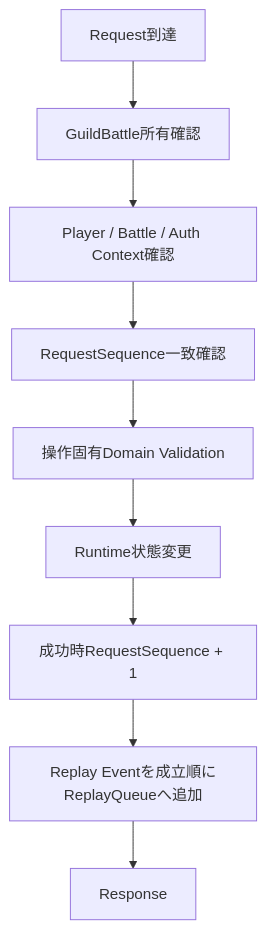
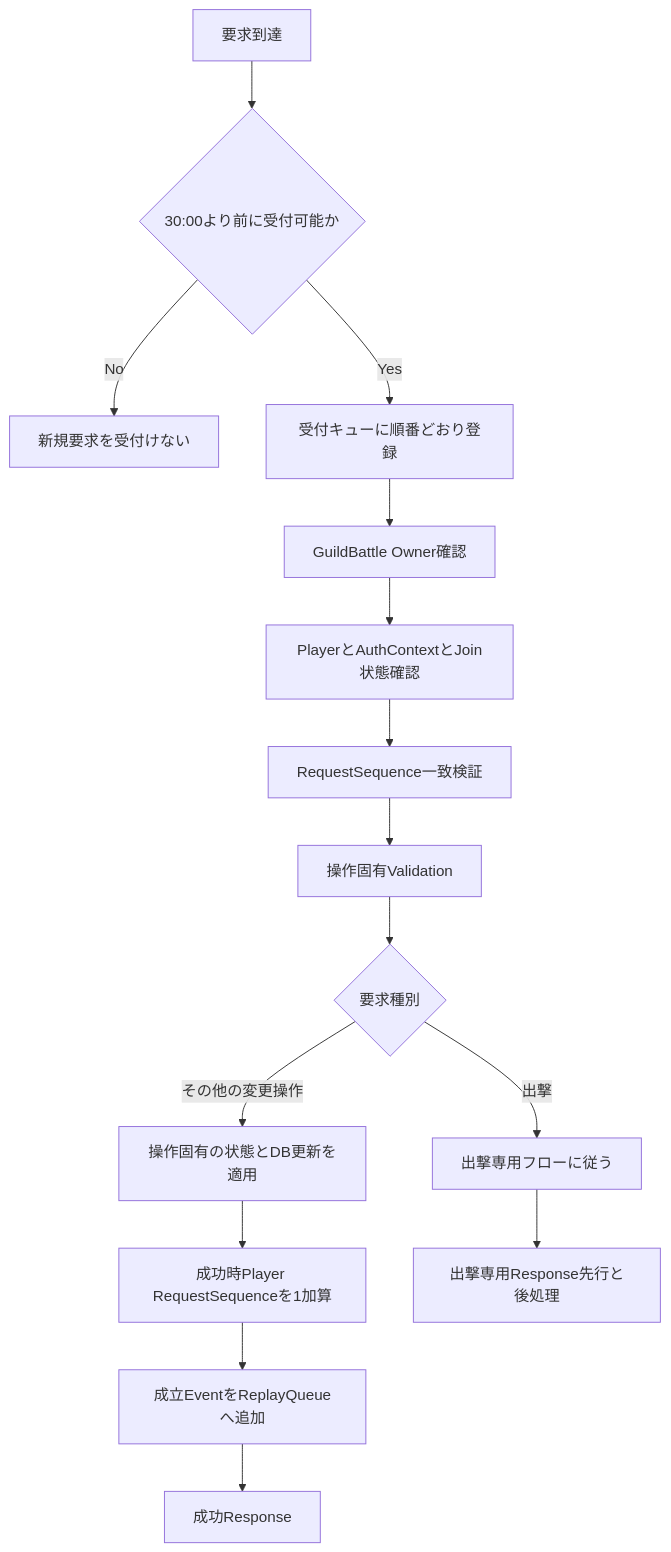
Before and after one commit to ReHydrangeaOdyssey/Specifications: the second of 5 diagrams in design/programming/server/guild_battle_runtime.md, drawn with Mermaid. The commit also changed other lines of this file and 21 other files, not shown here.

````diff
--- a/design/programming/server/guild_battle_runtime.md
+++ b/design/programming/server/guild_battle_runtime.md
@@ -86,11 +83,17 @@
 ```mermaid
 flowchart TD
-    R[Request到達] --> O[GuildBattle所有確認]
-    O --> P[Player / Battle / Auth Context確認]
-    P --> S[RequestSequence一致確認]
-    S --> D[操作固有Domain Validation]
-    D --> M[Runtime状態変更]
-    M --> N[成功時RequestSequence + 1]
-    N --> E[Replay Eventを成立順にReplayQueueへ追加]
-    E --> X[Response]
+    R[要求到達] --> T{30:00より前に受付可能か}
+    T -->|No| REJ[新規要求を受付けない]
+    T -->|Yes| Q[受付キューに順番どおり登録]
+    Q --> O[GuildBattle Owner確認]
+    O --> A[PlayerとAuthContextとJoin状態確認]
+    A --> S[RequestSequence一致検証]
+    S --> V[操作固有Validation]
+    V --> F{要求種別}
+    F -->|出撃| SO[出撃専用フローに従う]
+    F -->|その他の変更操作| M[操作固有の状態とDB更新を適用]
+    M --> N[成功時Player RequestSequenceを1加算]
+    N --> E[成立EventをReplayQueueへ追加]
+    E --> RES[成功Response]
+    SO --> SR[出撃専用Response先行と後処理]
 ```
````
